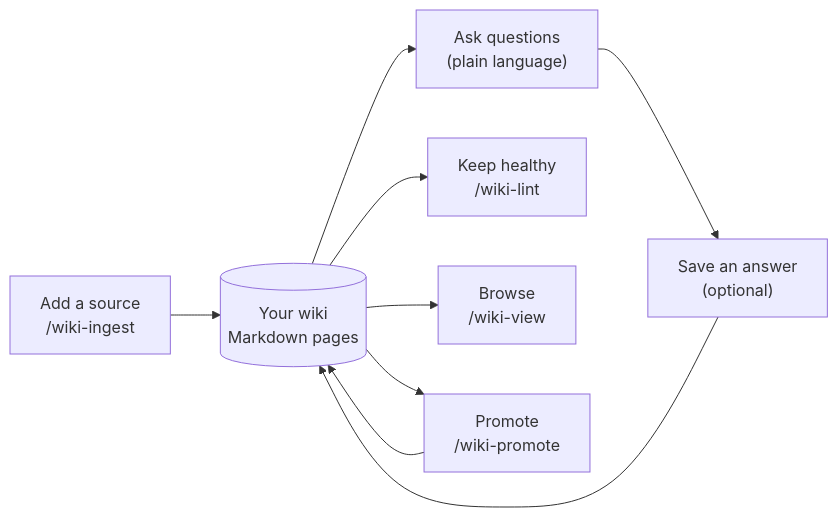
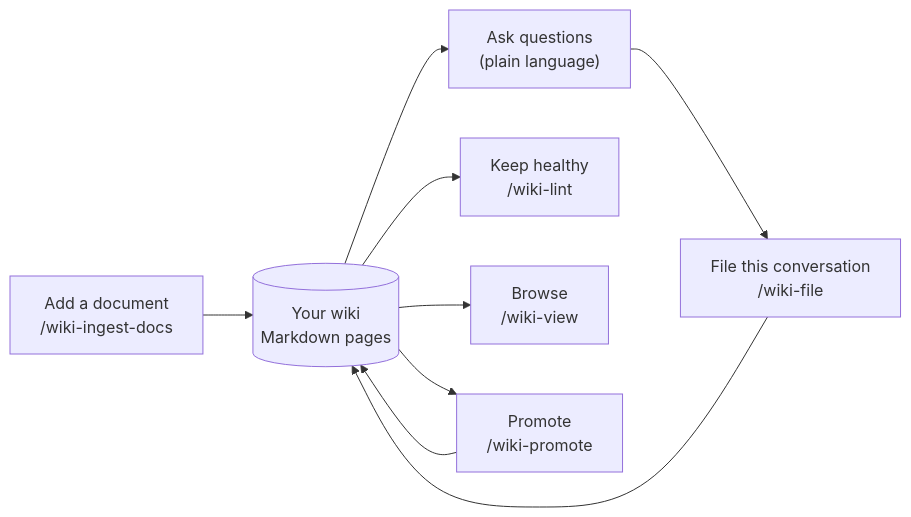
Before and after one commit to gigamori/ai-agent-toolkit: the second of 3 diagrams in plugins/llm-wiki/USER_GUIDE.md, drawn with Mermaid. The commit also changed other lines of this file and 22 other files, not shown here.

First line of the commit message:
feat(llm-wiki): add /wiki-file, rename /wiki-ingest to /wiki-ingest-docs

````diff
--- a/plugins/llm-wiki/USER_GUIDE.md
+++ b/plugins/llm-wiki/USER_GUIDE.md
@@ -84,11 +84,11 @@
 ```mermaid
 flowchart LR
-    ING["Add a source<br/>/wiki-ingest"] --> WIKI[("Your wiki<br/>Markdown pages")]
+    ING["Add a document<br/>/wiki-ingest-docs"] --> WIKI[("Your wiki<br/>Markdown pages")]
+    FILE["File this conversation<br/>/wiki-file"] --> WIKI
     WIKI --> ASK["Ask questions<br/>(plain language)"]
-    ASK --> SAVE["Save an answer<br/>(optional)"]
-    SAVE --> WIKI
+    ASK --> FILE
     WIKI --> LINT["Keep healthy<br/>/wiki-lint"]
     WIKI --> VIEW["Browse<br/>/wiki-view"]
     WIKI --> PROM["Promote<br/>/wiki-promote"]
     PROM --> WIKI
 ```
````
